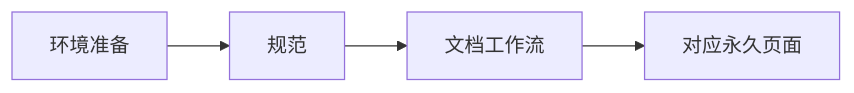
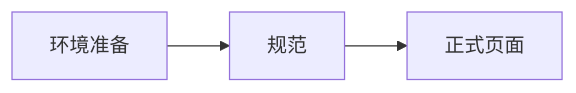
The diagram in docs/src/zh-CN/Contribute/Catalogue.md (PickAID/LostCivilization), drawn with Mermaid before and after one commit. The commit also changed other lines of this file and 98 other files, not shown here.

````diff
--- a/docs/src/zh-CN/Contribute/Catalogue.md
+++ b/docs/src/zh-CN/Contribute/Catalogue.md
@@ -11,6 +11,5 @@
 ```mermaid
 flowchart LR
     Setup["环境准备"] --> Standards["规范"]
-    Standards --> Workflow["文档工作流"]
-    Workflow --> Pages["对应永久页面"]
+    Standards --> Pages["正式页面"]
 ```
````
